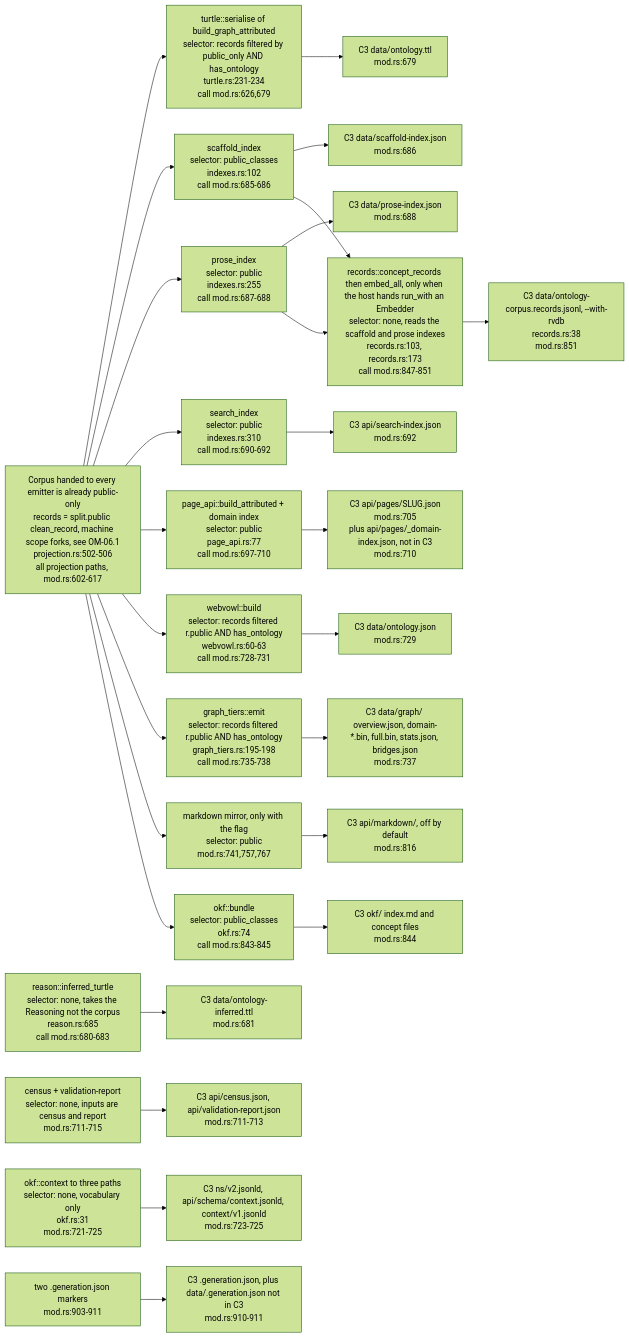
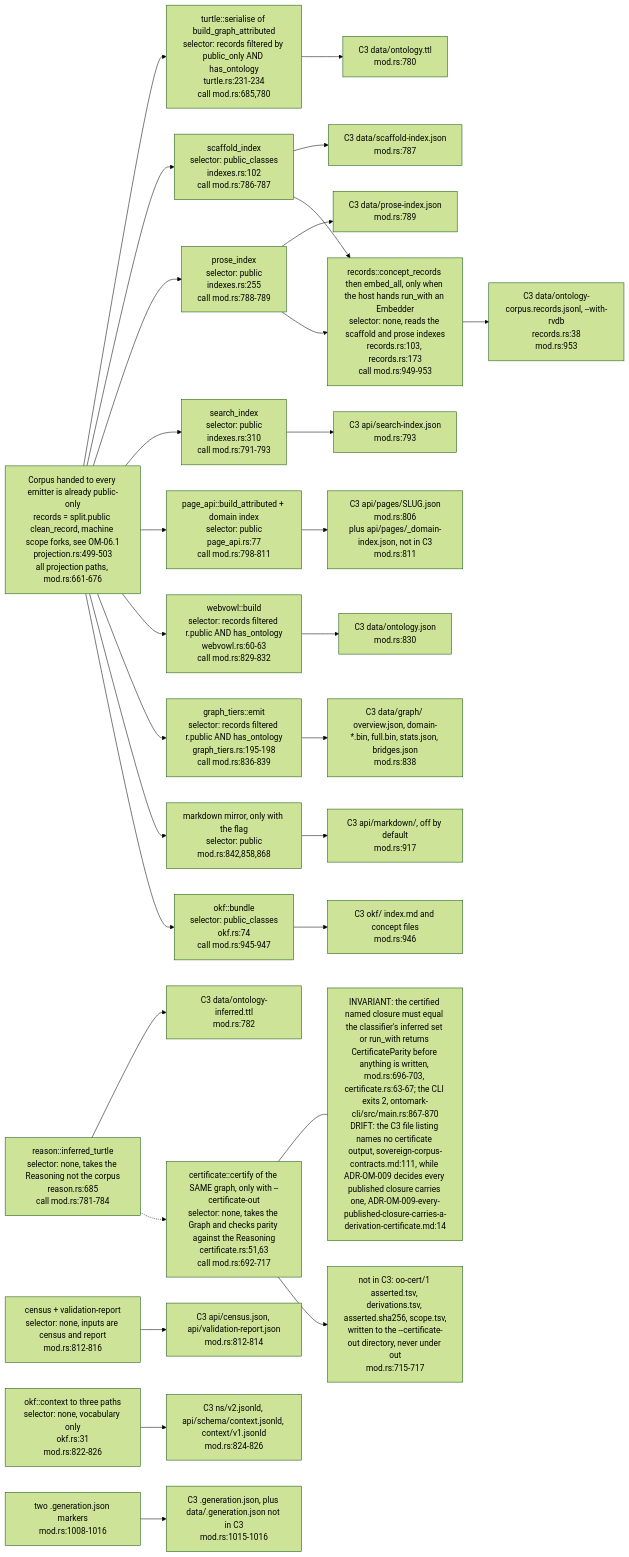
Before and after one commit to DreamLab-AI/VisionFlow: the first of 7 diagrams in docs/diagrams/ontomark/04-emitters-turtle-indexes-tiers-and-contract-c3.md, drawn with Mermaid (forest theme). The commit also changed other lines of this file and 160 other files, not shown here.

````diff
--- a/docs/diagrams/ontomark/04-emitters-turtle-indexes-tiers-and-contract-c3.md
+++ b/docs/diagrams/ontomark/04-emitters-turtle-indexes-tiers-and-contract-c3.md
@@ -31,35 +34,40 @@
 ```mermaid
 flowchart LR
-    PROJ["Corpus handed to every emitter is already public-only<br/>records = split.public clean_record, machine scope forks, see OM-06.1<br/>projection.rs:502-506<br/>all projection paths, mod.rs:602-617"]
-    TTL["turtle::serialise of build_graph_attributed<br/>selector: records filtered by public_only AND has_ontology<br/>turtle.rs:231-234<br/>call mod.rs:626,679"]
-    INF["reason::inferred_turtle<br/>selector: none, takes the Reasoning not the corpus<br/>reason.rs:685<br/>call mod.rs:680-683"]
-    SCA["scaffold_index<br/>selector: public_classes<br/>indexes.rs:102<br/>call mod.rs:685-686"]
-    PRO["prose_index<br/>selector: public<br/>indexes.rs:255<br/>call mod.rs:687-688"]
-    SRCH["search_index<br/>selector: public<br/>indexes.rs:310<br/>call mod.rs:690-692"]
-    PG["page_api::build_attributed + domain index<br/>selector: public<br/>page_api.rs:77<br/>call mod.rs:697-710"]
-    CEN["census + validation-report<br/>selector: none, inputs are census and report<br/>mod.rs:711-715"]
-    CTX["okf::context to three paths<br/>selector: none, vocabulary only<br/>okf.rs:31<br/>mod.rs:721-725"]
-    VOWL["webvowl::build<br/>selector: records filtered r.public AND has_ontology<br/>webvowl.rs:60-63<br/>call mod.rs:728-731"]
-    TIER["graph_tiers::emit<br/>selector: records filtered r.public AND has_ontology<br/>graph_tiers.rs:195-198<br/>call mod.rs:735-738"]
-    MIR["markdown mirror, only with the flag<br/>selector: public<br/>mod.rs:741,757,767"]
-    OKF["okf::bundle<br/>selector: public_classes<br/>okf.rs:74<br/>call mod.rs:843-845"]
-    GEN["two .generation.json markers<br/>mod.rs:903-911"]
+    PROJ["Corpus handed to every emitter is already public-only<br/>records = split.public clean_record, machine scope forks, see OM-06.1<br/>projection.rs:499-503<br/>all projection paths, mod.rs:661-676"]
+    TTL["turtle::serialise of build_graph_attributed<br/>selector: records filtered by public_only AND has_ontology<br/>turtle.rs:231-234<br/>call mod.rs:685,780"]
+    INF["reason::inferred_turtle<br/>selector: none, takes the Reasoning not the corpus<br/>reason.rs:685<br/>call mod.rs:781-784"]
+    SCA["scaffold_index<br/>selector: public_classes<br/>indexes.rs:102<br/>call mod.rs:786-787"]
+    PRO["prose_index<br/>selector: public<br/>indexes.rs:255<br/>call mod.rs:788-789"]
+    SRCH["search_index<br/>selector: public<br/>indexes.rs:310<br/>call mod.rs:791-793"]
+    PG["page_api::build_attributed + domain index<br/>selector: public<br/>page_api.rs:77<br/>call mod.rs:798-811"]
+    CEN["census + validation-report<br/>selector: none, inputs are census and report<br/>mod.rs:812-816"]
+    CTX["okf::context to three paths<br/>selector: none, vocabulary only<br/>okf.rs:31<br/>mod.rs:822-826"]
+    VOWL["webvowl::build<br/>selector: records filtered r.public AND has_ontology<br/>webvowl.rs:60-63<br/>call mod.rs:829-832"]
+    TIER["graph_tiers::emit<br/>selector: records filtered r.public AND has_ontology<br/>graph_tiers.rs:195-198<br/>call mod.rs:836-839"]
+    MIR["markdown mirror, only with the flag<br/>selector: public<br/>mod.rs:842,858,868"]
+    OKF["okf::bundle<br/>selector: public_classes<br/>okf.rs:74<br/>call mod.rs:945-947"]
+    GEN["two .generation.json markers<br/>mod.rs:1008-1016"]
+    CERT["certificate::certify of the SAME graph, only with --certificate-out<br/>selector: none, takes the Graph and checks parity against the Reasoning<br/>certificate.rs:51,63<br/>call mod.rs:692-717"]
     PROJ --> TTL & SCA & PRO & SRCH & PG & VOWL & TIER & MIR & OKF
-    TTL --> C1["C3 data/ontology.ttl<br/>mod.rs:679"]
-    INF --> C2["C3 data/ontology-inferred.ttl<br/>mod.rs:681"]
-    SCA --> C3["C3 data/scaffold-index.json<br/>mod.rs:686"]
-    PRO --> C4["C3 data/prose-index.json<br/>mod.rs:688"]
-    SRCH --> C5["C3 api/search-index.json<br/>mod.rs:692"]
-    PG --> C6["C3 api/pages/SLUG.json<br/>mod.rs:705<br/>plus api/pages/_domain-index.json, not in C3<br/>mod.rs:710"]
-    CEN --> C7["C3 api/census.json, api/validation-report.json<br/>mod.rs:711-713"]
-    CTX --> C8["C3 ns/v2.jsonld, api/schema/context.jsonld, context/v1.jsonld<br/>mod.rs:723-725"]
-    VOWL --> C9["C3 data/ontology.json<br/>mod.rs:729"]
-    TIER --> C10["C3 data/graph/ overview.json, domain-*.bin, full.bin, stats.json, bridges.json<br/>mod.rs:737"]
-    MIR --> C11["C3 api/markdown/, off by default<br/>mod.rs:816"]
-    OKF --> C12["C3 okf/ index.md and concept files<br/>mod.rs:844"]
-    GEN --> C13["C3 .generation.json, plus data/.generation.json not in C3<br/>mod.rs:910-911"]
-    REC["records::concept_records then embed_all, only when the host hands run_with an Embedder<br/>selector: none, reads the scaffold and prose indexes<br/>records.rs:103, records.rs:173<br/>call mod.rs:847-851"]
+    TTL --> C1["C3 data/ontology.ttl<br/>mod.rs:780"]
+    INF --> C2["C3 data/ontology-inferred.ttl<br/>mod.rs:782"]
+    SCA --> C3["C3 data/scaffold-index.json<br/>mod.rs:787"]
+    PRO --> C4["C3 data/prose-index.json<br/>mod.rs:789"]
+    SRCH --> C5["C3 api/search-index.json<br/>mod.rs:793"]
+    PG --> C6["C3 api/pages/SLUG.json<br/>mod.rs:806<br/>plus api/pages/_domain-index.json, not in C3<br/>mod.rs:811"]
+    CEN --> C7["C3 api/census.json, api/validation-report.json<br/>mod.rs:812-814"]
+    CTX --> C8["C3 ns/v2.jsonld, api/schema/context.jsonld, context/v1.jsonld<br/>mod.rs:824-826"]
+    VOWL --> C9["C3 data/ontology.json<br/>mod.rs:830"]
+    TIER --> C10["C3 data/graph/ overview.json, domain-*.bin, full.bin, stats.json, bridges.json<br/>mod.rs:838"]
+    MIR --> C11["C3 api/markdown/, off by default<br/>mod.rs:917"]
+    OKF --> C12["C3 okf/ index.md and concept files<br/>mod.rs:946"]
+    GEN --> C13["C3 .generation.json, plus data/.generation.json not in C3<br/>mod.rs:1015-1016"]
+    INF -.-> CERT
+    NC["INVARIANT: the certified named closure must equal the classifier's inferred set or run_with returns CertificateParity before anything is written, mod.rs:696-703, certificate.rs:63-67; the CLI exits 2, ontomark-cli/src/main.rs:867-870<br/>DRIFT: the C3 file listing names no certificate output, sovereign-corpus-contracts.md:111, while ADR-OM-009 decides every published closure carries one, ADR-OM-009-every-published-closure-carries-a-derivation-certificate.md:14"]
+    CERT --- NC
+    CERT --> C15["not in C3: oo-cert/1 asserted.tsv, derivations.tsv, asserted.sha256, scope.tsv,<br/>written to the --certificate-out directory, never under out<br/>mod.rs:715-717"]
+    REC["records::concept_records then embed_all, only when the host hands run_with an Embedder<br/>selector: none, reads the scaffold and prose indexes<br/>records.rs:103, records.rs:173<br/>call mod.rs:949-953"]
     SCA --> REC
     PRO --> REC
-    REC --> C14["C3 data/ontology-corpus.records.jsonl, --with-rvdb<br/>records.rs:38<br/>mod.rs:851"]
+    REC --> C14["C3 data/ontology-corpus.records.jsonl, --with-rvdb<br/>records.rs:38<br/>mod.rs:953"]
 ```
````
